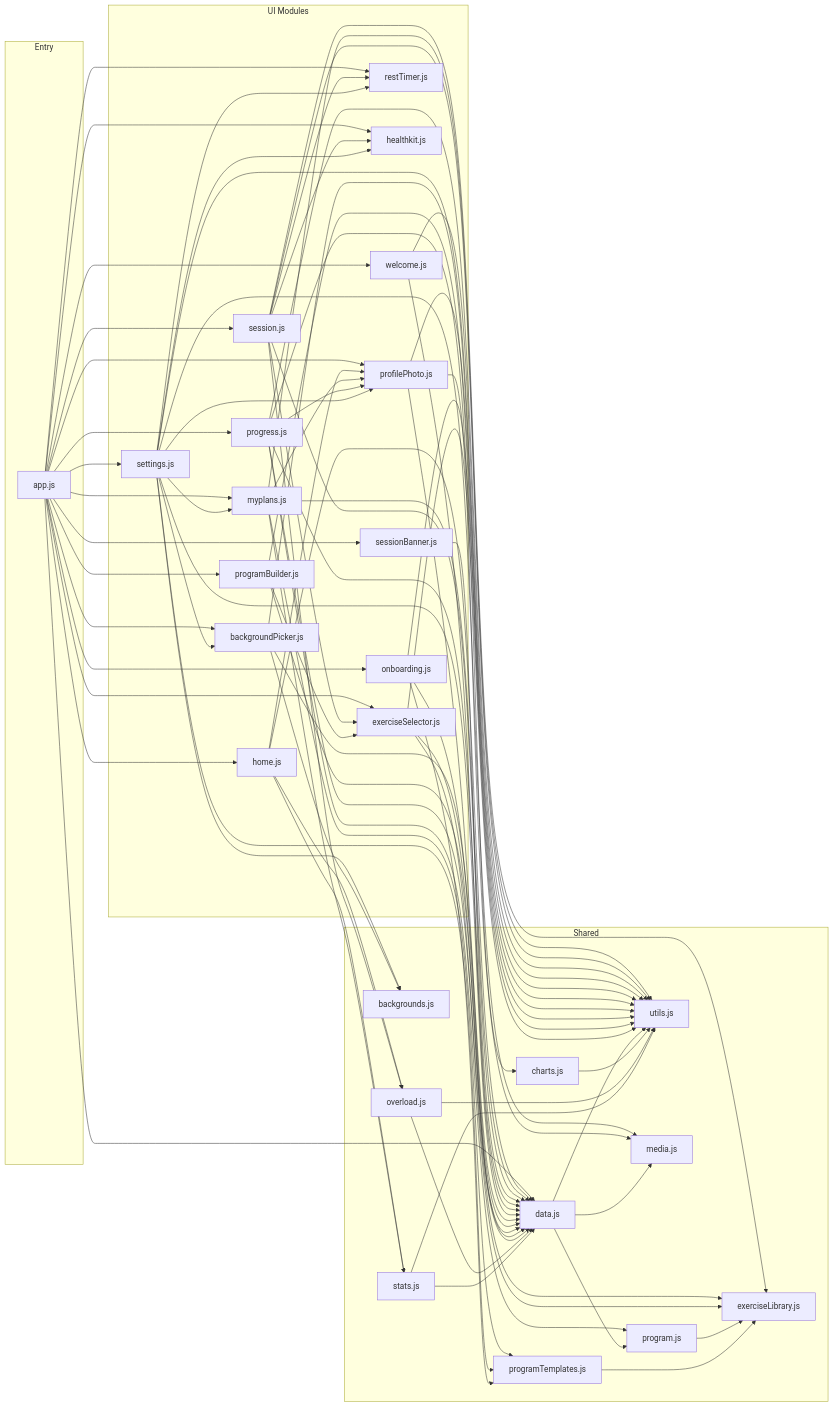
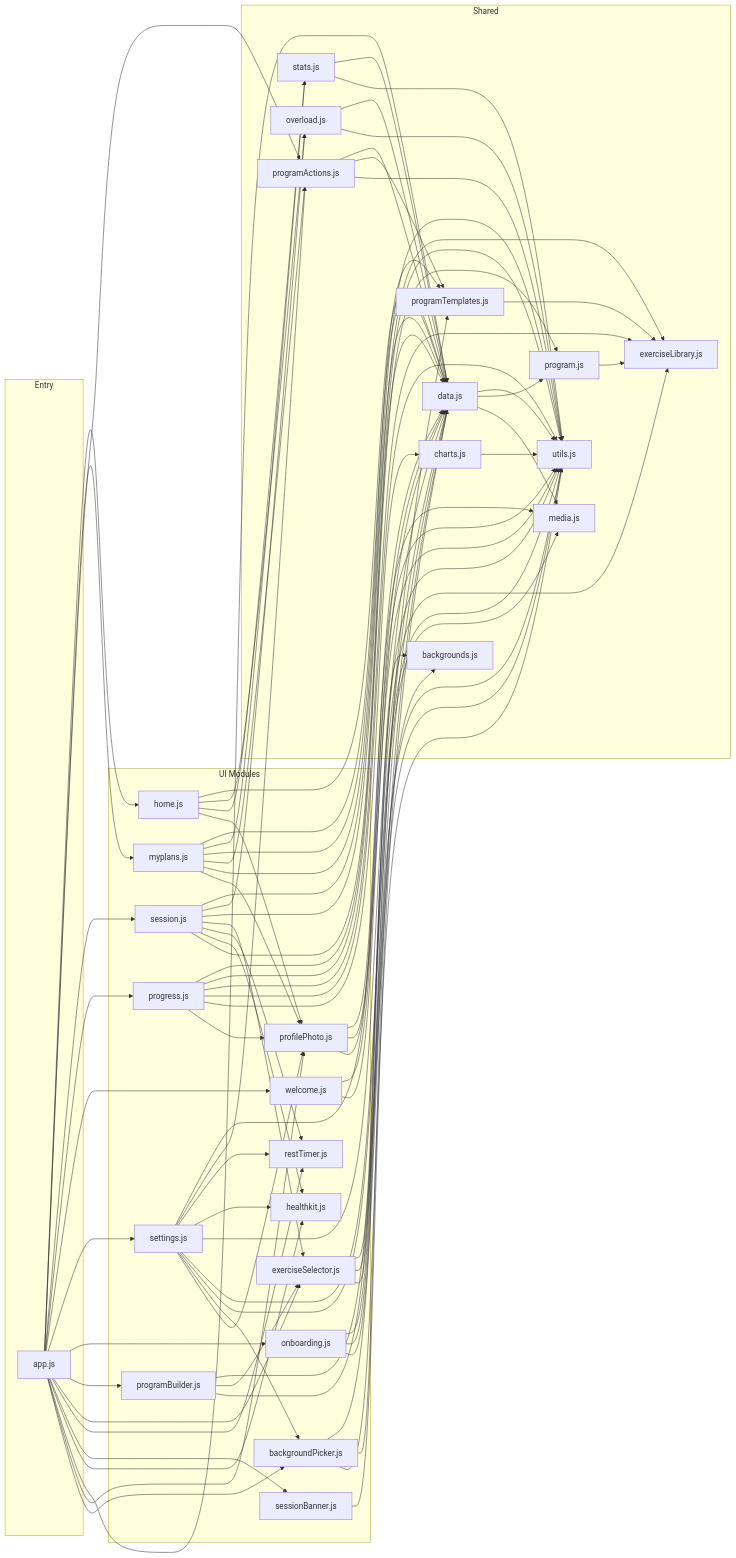
Before and after one commit to reidrussell-alt/plate-log: the second of 8 diagrams in ARCHITECTURE.md, drawn with Mermaid. The commit also changed other lines of this file and 6 other files, not shown here.

First line of the commit message:
Refactor: move program actions to programActions.js (REFACTOR_PLAN 3.3)

````diff
--- a/ARCHITECTURE.md
+++ b/ARCHITECTURE.md
@@ -123,10 +123,12 @@
         backgrounds.js
         overload.js
         stats.js
+        programActions.js
     end
 
     app.js --> home.js
     app.js --> myplans.js
+    app.js --> programActions.js
     app.js --> session.js
     app.js --> progress.js
     app.js --> welcome.js
@@ -148,6 +150,7 @@
     myplans.js --> data.js
     myplans.js --> stats.js
     myplans.js --> programTemplates.js
+    myplans.js --> programActions.js
     myplans.js --> utils.js
 
     session.js --> data.js
@@ -170,8 +173,7 @@
     welcome.js --> utils.js
 
     settings.js --> data.js
-    settings.js --> programTemplates.js
-    settings.js --> myplans.js
+    settings.js --> programActions.js
     settings.js --> restTimer.js
     settings.js --> healthkit.js
     settings.js --> utils.js
@@ -212,4 +214,7 @@
     overload.js --> utils.js
     stats.js --> data.js
     stats.js --> utils.js
+    programActions.js --> data.js
+    programActions.js --> programTemplates.js
+    programActions.js --> utils.js
 ```
````
